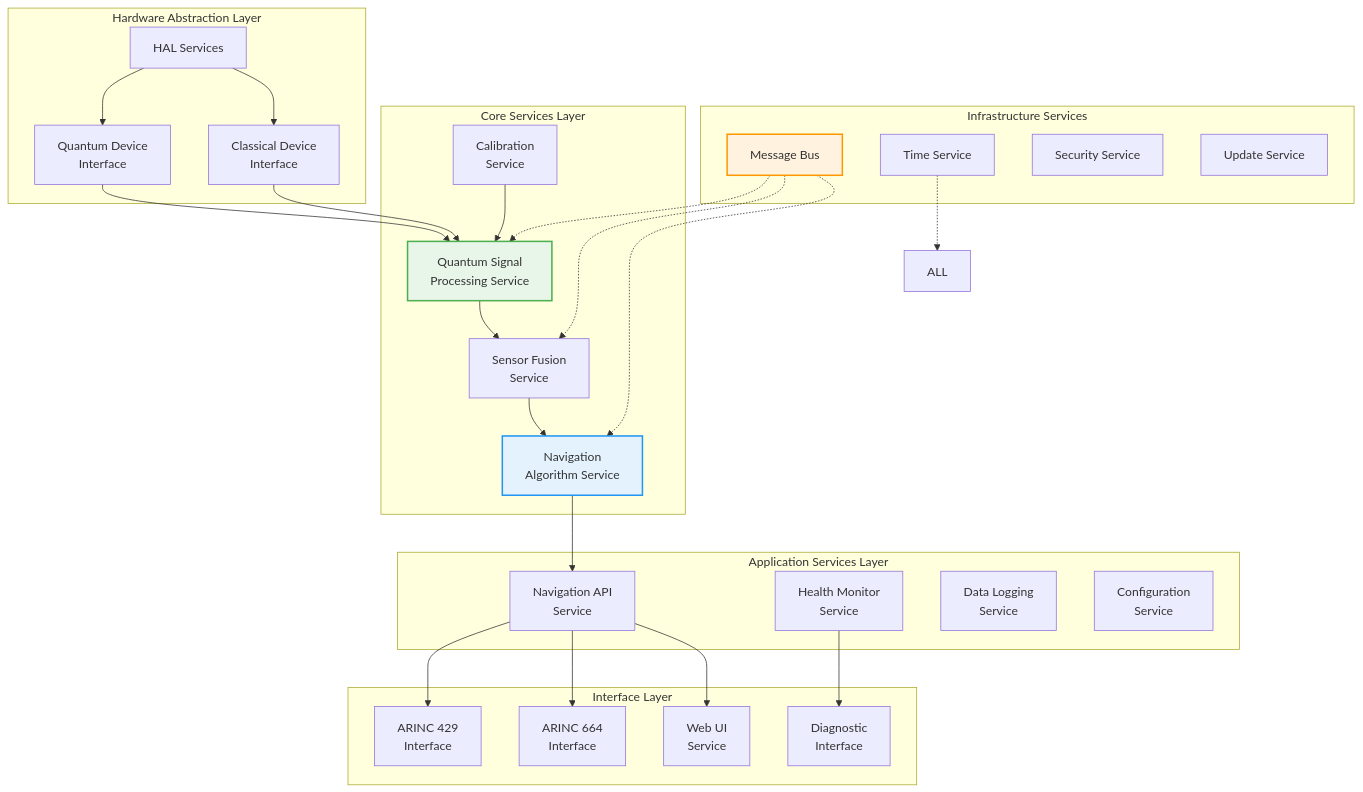
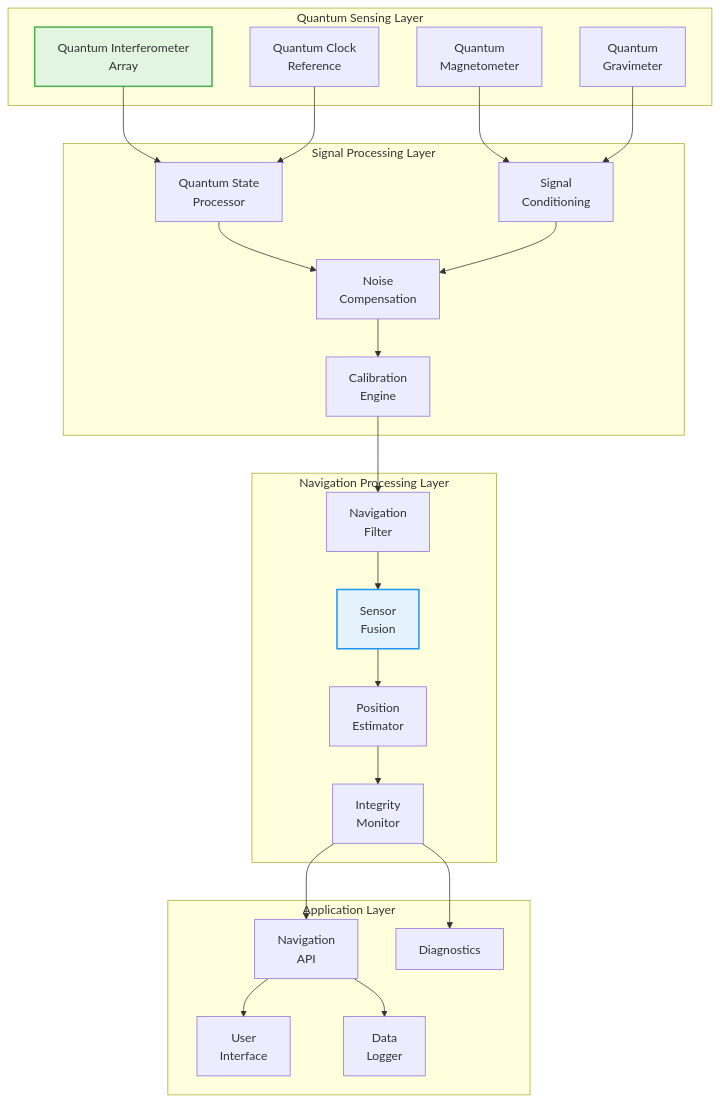
The first of 2 diagrams in PRODUCT_LINES/QUANTUM/QUANTUM_SOFTWARE/DESIGN/QNS_NAVIGATION/DES_TECHNICAL/QUA-QNS01-25SVD0001-DES-BOB-TEC-TD-QCSAA-910-000-00-01-TPL-DES-200-QSTR-v1.0.0.md (Robbbo-T/A-Q-U-A_V), drawn with Mermaid before and after one commit. The commit also changed other lines of this file, not shown here.

````diff
--- a/PRODUCT_LINES/QUANTUM/QUANTUM_SOFTWARE/DESIGN/QNS_NAVIGATION/DES_TECHNICAL/QUA-QNS01-25SVD0001-DES-BOB-TEC-TD-QCSAA-910-000-00-01-TPL-DES-200-QSTR-v1.0.0.md
+++ b/PRODUCT_LINES/QUANTUM/QUANTUM_SOFTWARE/DESIGN/QNS_NAVIGATION/DES_TECHNICAL/QUA-QNS01-25SVD0001-DES-BOB-TEC-TD-QCSAA-910-000-00-01-TPL-DES-200-QSTR-v1.0.0.md
@@ -63,61 +62,52 @@
 ```mermaid
 graph TB
-    subgraph "Hardware Abstraction Layer"
-        HAL[HAL Services]
-        QDI[Quantum Device<br/>Interface]
-        CDI[Classical Device<br/>Interface]
+    subgraph "Quantum Sensing Layer"
+        QI[Quantum Interferometer<br/>Array]
+        QM[Quantum<br/>Magnetometer]
+        QG[Quantum<br/>Gravimeter]
+        QC[Quantum Clock<br/>Reference]
     end
     
-    subgraph "Core Services Layer"
-        QSP[Quantum Signal<br/>Processing Service]
-        NAV[Navigation<br/>Algorithm Service]
-        FUS[Sensor Fusion<br/>Service]
-        CAL[Calibration<br/>Service]
+    subgraph "Signal Processing Layer"
+        SP1[Quantum State<br/>Processor]
+        SP2[Signal<br/>Conditioning]
+        SP3[Noise<br/>Compensation]
+        SP4[Calibration<br/>Engine]
     end
     
-    subgraph "Application Services Layer"
-        API[Navigation API<br/>Service]
-        MON[Health Monitor<br/>Service]
-        LOG[Data Logging<br/>Service]
-        CFG[Configuration<br/>Service]
+    subgraph "Navigation Processing Layer"
+        NF[Navigation<br/>Filter]
+        SF[Sensor<br/>Fusion]
+        PE[Position<br/>Estimator]
+        IM[Integrity<br/>Monitor]
     end
     
-    subgraph "Interface Layer"
-        A429[ARINC 429<br/>Interface]
-        A664[ARINC 664<br/>Interface]
-        WEB[Web UI<br/>Service]
-        DIAG[Diagnostic<br/>Interface]
+    subgraph "Application Layer"
+        API[Navigation<br/>API]
+        UI[User<br/>Interface]
+        DL[Data<br/>Logger]
+        DIAG[Diagnostics]
     end
     
-    subgraph "Infrastructure Services"
-        MSG[Message Bus]
-        TSV[Time Service]
-        SEC[Security Service]
-        UPD[Update Service]
-    end
+    QI --> SP1
+    QM --> SP2
+    QG --> SP2
+    QC --> SP1
     
-    HAL --> QDI
-    HAL --> CDI
+    SP1 --> SP3
+    SP2 --> SP3
+    SP3 --> SP4
+    SP4 --> NF
     
-    QDI --> QSP
-    CDI --> QSP
-    QSP --> FUS
-    CAL --> QSP
+    NF --> SF
+    SF --> PE
+    PE --> IM
     
-    FUS --> NAV
-    NAV --> API
+    IM --> API
+    API --> UI
+    API --> DL
+    IM --> DIAG
     
-    API --> A429
-    API --> A664
-    API --> WEB
-    MON --> DIAG
-    
-    MSG -.-> QSP
-    MSG -.-> NAV
-    MSG -.-> FUS
-    TSV -.-> ALL
-    
-    style QSP fill:#e8f5e9,stroke:#4caf50,stroke-width:2px
-    style NAV fill:#e3f2fd,stroke:#2196f3,stroke-width:2px
-    style MSG fill:#fff3e0,stroke:#ff9800,stroke-width:2px
+    style QI fill:#e1f5e1,stroke:#4caf50,stroke-width:2px
+    style SF fill:#e3f2fd,stroke:#2196f3,stroke-width:2px
 ```
````
